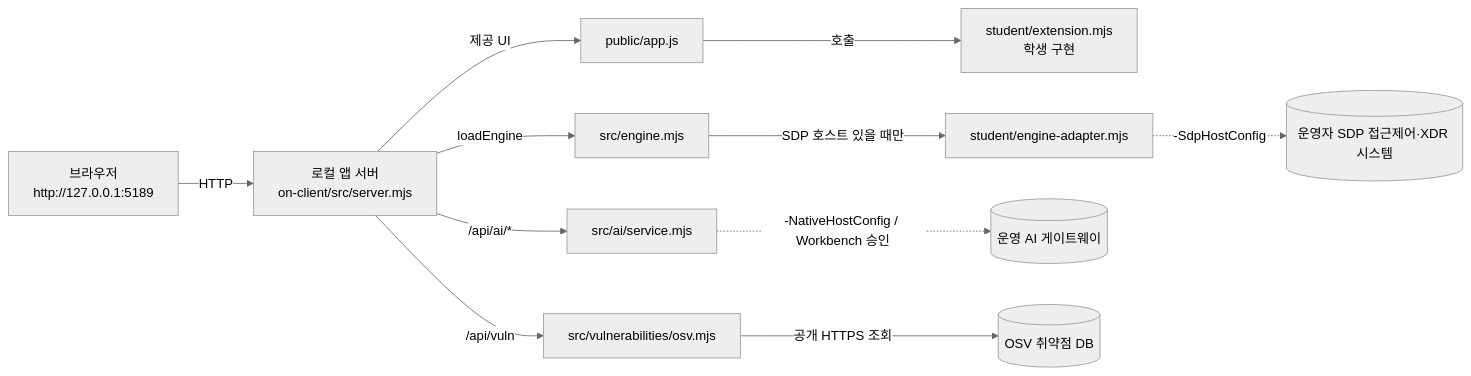
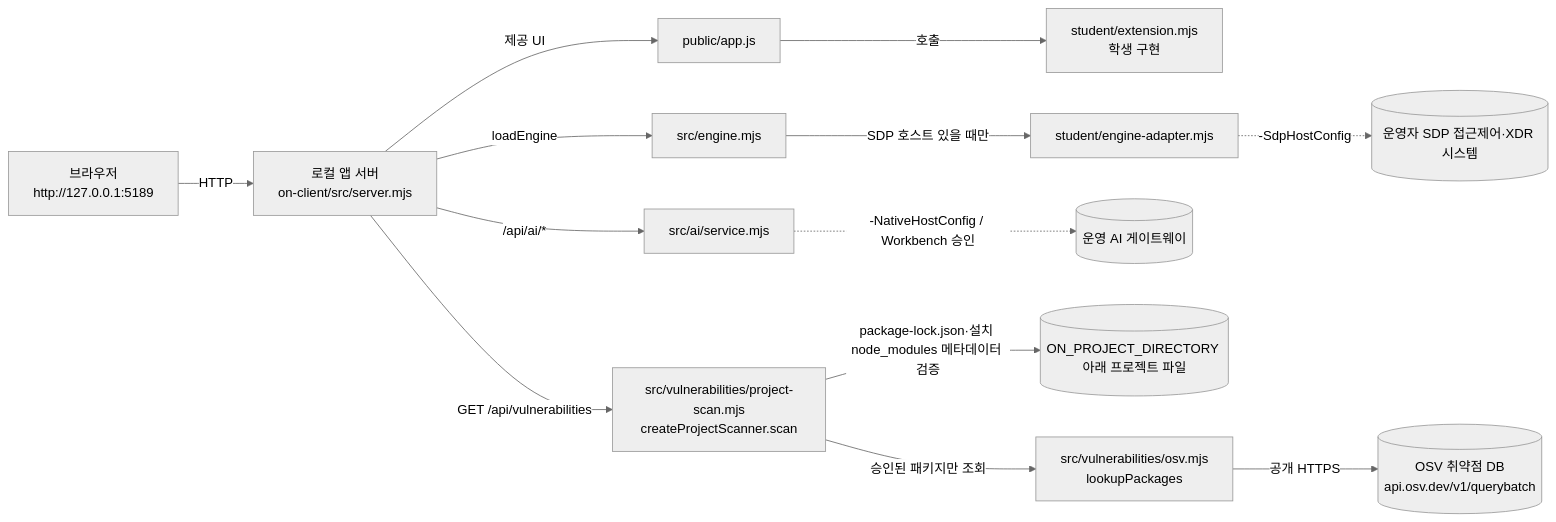
Before and after one commit to gamedh823-cmd/aleph-defense-starter: the diagram in on-client/docs/STUDENT_RUNBOOK.md, drawn with Mermaid (neutral theme). The commit also changed other lines of this file, not shown here.

Commit message:
21단계: 취약점 조회 구성도와 오류 원인을 실제 코드에 맞춰 수정

````diff
--- a/on-client/docs/STUDENT_RUNBOOK.md
+++ b/on-client/docs/STUDENT_RUNBOOK.md
@@ -61,13 +61,15 @@
 ```mermaid
 flowchart LR
   B[브라우저<br/>http://127.0.0.1:5189] -->|HTTP| S[로컬 앱 서버<br/>on-client/src/server.mjs]
   S -->|제공 UI| P[public/app.js]
   P -->|호출| E[student/extension.mjs<br/>학생 구현]
   S -->|loadEngine| EA[src/engine.mjs]
   EA -->|SDP 호스트 있을 때만| ADPT[student/engine-adapter.mjs]
   ADPT -.->|-SdpHostConfig| SDP[(운영자 SDP 접근제어·XDR 시스템)]
   S -->|/api/ai/*| AI[src/ai/service.mjs]
   AI -.->|-NativeHostConfig / Workbench 승인| GW[(운영 AI 게이트웨이)]
-  S -->|/api/vuln| OSV[src/vulnerabilities/osv.mjs]
-  OSV -->|공개 HTTPS 조회| OSVDB[(OSV 취약점 DB)]
+  S -->|GET /api/vulnerabilities| SCAN[src/vulnerabilities/project-scan.mjs<br/>createProjectScanner.scan]
+  SCAN -->|package-lock.json·설치 node_modules 메타데이터 검증| LOCK[(ON_PROJECT_DIRECTORY 아래 프로젝트 파일)]
+  SCAN -->|승인된 패키지만 조회| OSVCLIENT[src/vulnerabilities/osv.mjs<br/>lookupPackages]
+  OSVCLIENT -->|공개 HTTPS| OSVDB[(OSV 취약점 DB<br/>api.osv.dev/v1/querybatch)]
 ```
````
